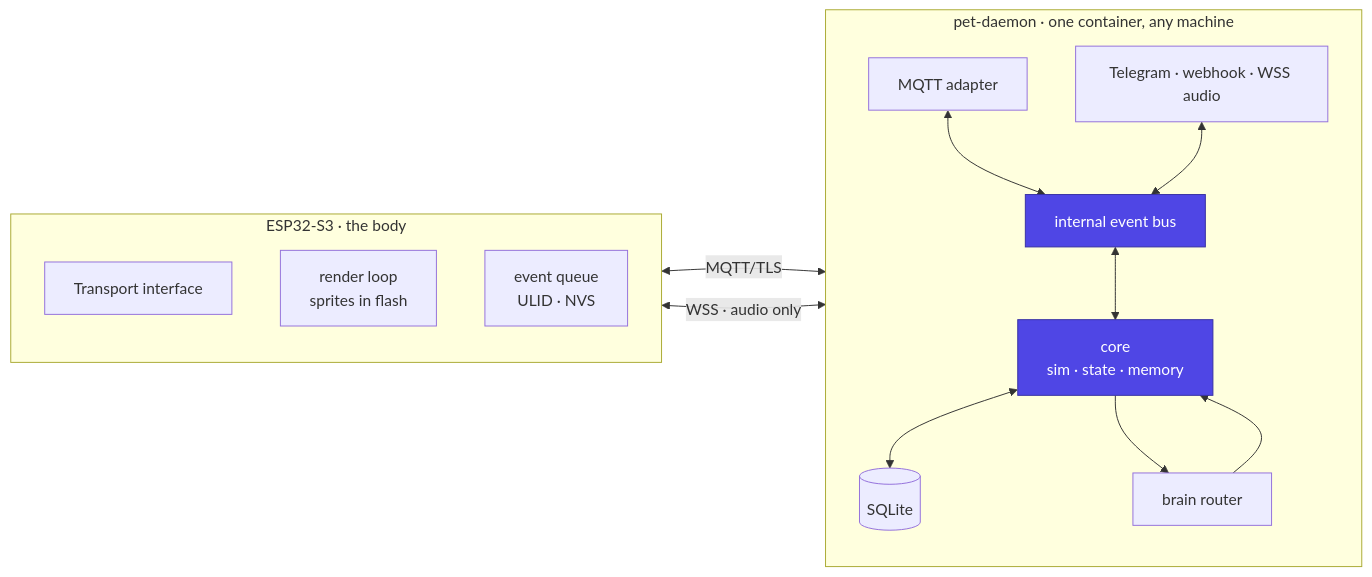
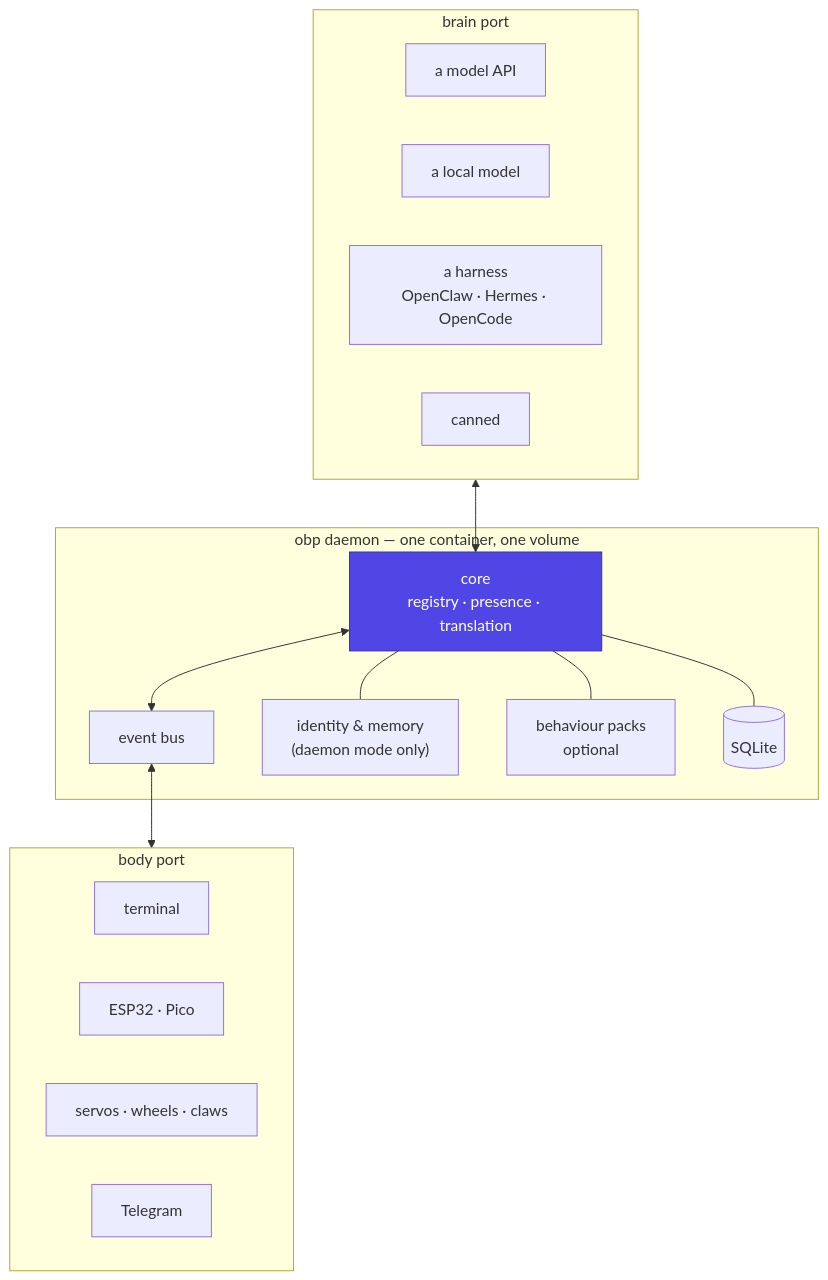
Before and after one commit to jcarranz97/open-body-protocol: the diagram in docs/architecture/overview.md, drawn with Mermaid. The commit also changed other lines of this file and 33 other files, not shown here.

First line of the commit message:
Rename the project to Open Body Protocol (OBP)

````diff
--- a/docs/architecture/overview.md
+++ b/docs/architecture/overview.md
@@ -8,31 +6,34 @@
 ```mermaid
-flowchart LR
-    subgraph Device["ESP32-S3 · the body"]
-        direction TB
-        T["Transport interface"]
-        R["render loop<br/>sprites in flash"]
-        Q["event queue<br/>ULID · NVS"]
+flowchart TB
+    subgraph BrainSide["brain port"]
+        API["a model API"]
+        LOCAL["a local model"]
+        HARN["a harness<br/>OpenClaw · Hermes · OpenCode"]
+        CAN["canned"]
     end
 
-    subgraph Pod["pet-daemon · one container, any machine"]
-        direction TB
-        ADP["MQTT adapter"]
-        BUS["internal event bus"]
-        CORE["core<br/>sim · state · memory"]
+    subgraph Daemon["obp daemon — one container, one volume"]
+        BUS["event bus"]
+        CORE["core<br/>registry · presence · translation"]
+        ID["identity & memory<br/>(daemon mode only)"]
+        PACKS["behaviour packs<br/>optional"]
         STORE[("SQLite")]
-        BR["brain router"]
-        FACES["Telegram · webhook · WSS audio"]
     end
 
-    Device <-- "MQTT/TLS" --> ADP
-    Device <-- "WSS · audio only" --> FACES
-    ADP <--> BUS
-    FACES <--> BUS
-    BUS <--> CORE
-    CORE <--> STORE
-    CORE --> BR
-    BR --> CORE
+    subgraph BodySide["body port"]
+        TERM["terminal"]
+        MCU["ESP32 · Pico"]
+        ROBOT["servos · wheels · claws"]
+        TG["Telegram"]
+    end
+
+    BrainSide <--> CORE
+    CORE <--> BUS
+    BUS <--> BodySide
+    CORE --- ID
+    CORE --- PACKS
+    CORE --- STORE
 
     classDef core fill:#4f46e5,stroke:#3730a3,color:#fff
-    class CORE,BUS core
+    class CORE core
 ```
````
